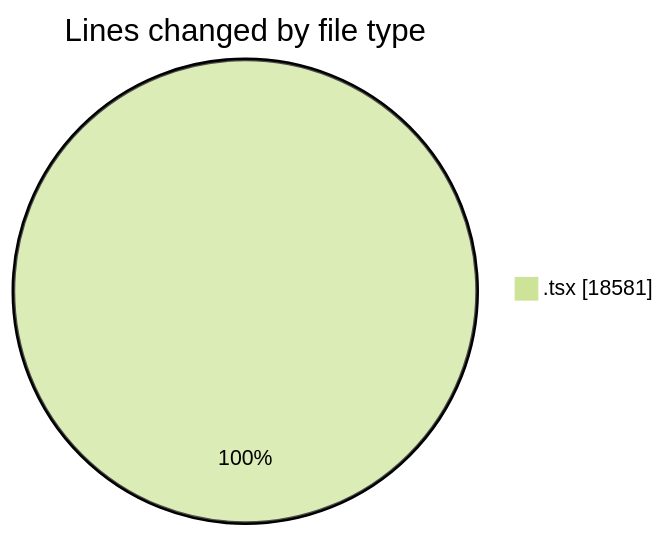
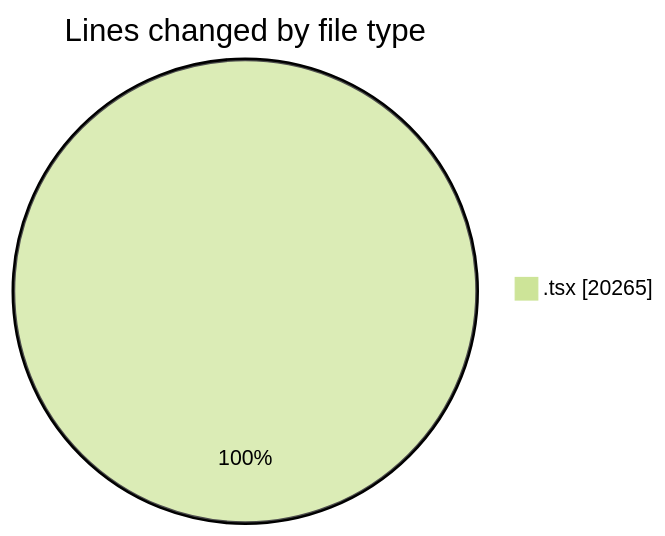
The first of 2 diagrams in 2026-08-23/nxtqube_webapp/README.md (nxtqubesakshisongat/code-tracking), drawn with Mermaid (forest theme) before and after one commit. The commit also changed other lines of this file and 1 other file, not shown here.

````diff
--- a/2026-08-23/nxtqube_webapp/README.md
+++ b/2026-08-23/nxtqube_webapp/README.md
@@ -51,5 +54,5 @@
 ```mermaid
 pie showData
 title Lines changed by file type
-".tsx" : 18581
+".tsx" : 20265
 ```
````
